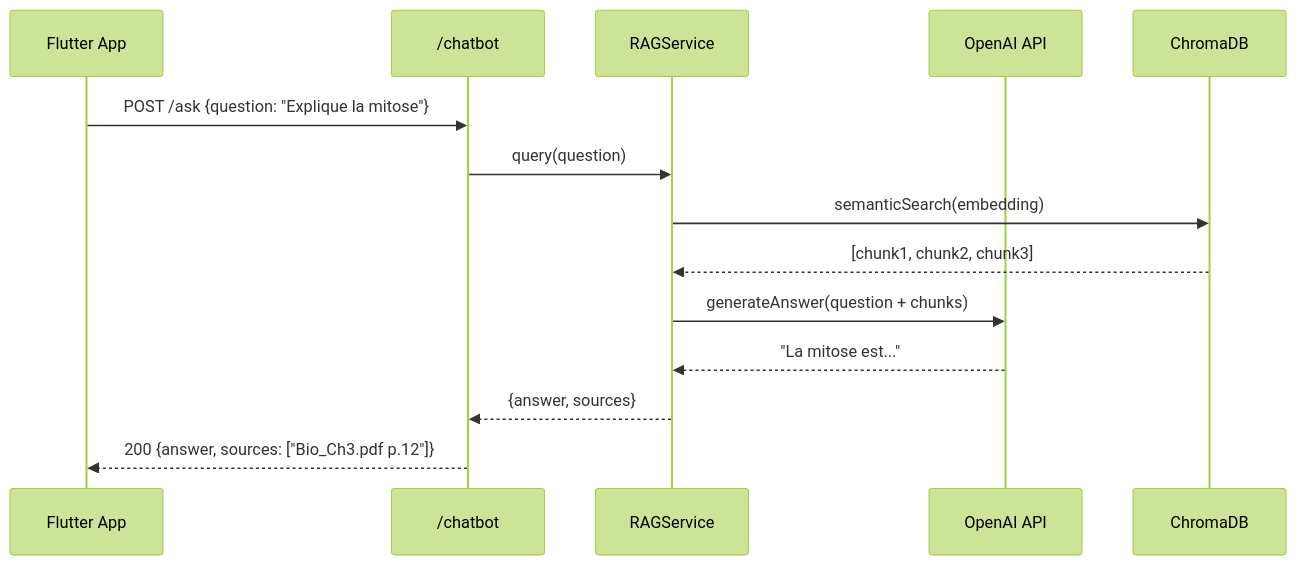
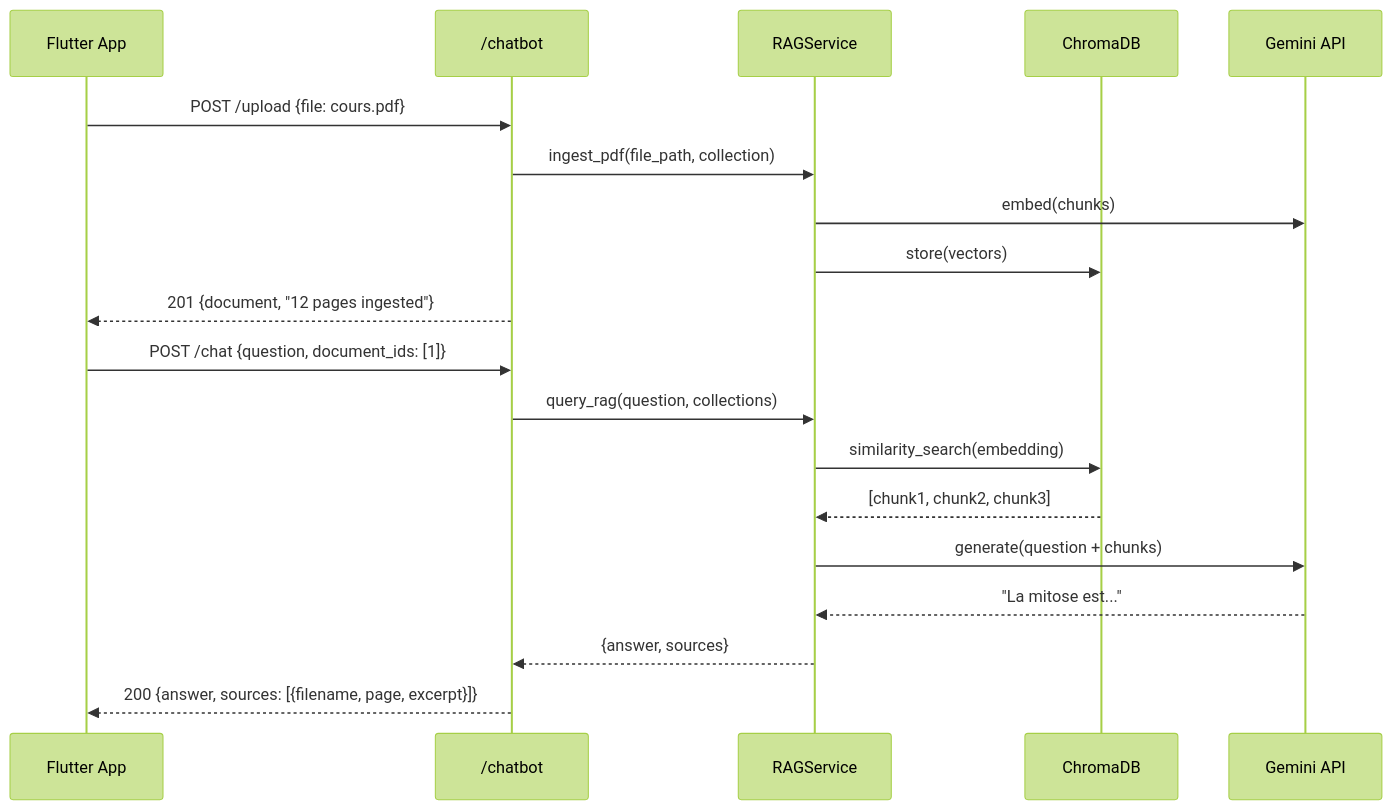
One commit to Jkacem/smart_focus changed the third of 4 diagrams in docs/Conception_Endpoints_API.md. Above: the diagram before and after it, drawn with Mermaid (forest theme). The commit also changed other lines of this file and 8 other files, not shown here.

````diff
--- a/docs/Conception_Endpoints_API.md
+++ b/docs/Conception_Endpoints_API.md
@@ -195,17 +128,23 @@
 ```mermaid
 sequenceDiagram
     participant APP as Flutter App
     participant API as /chatbot
     participant RAG as RAGService
-    participant OAI as OpenAI API
     participant DB as ChromaDB
+    participant LLM as Gemini API
 
-    APP->>API: POST /ask {question: "Explique la mitose"}
-    API->>RAG: query(question)
-    RAG->>DB: semanticSearch(embedding)
+    APP->>API: POST /upload {file: cours.pdf}
+    API->>RAG: ingest_pdf(file_path, collection)
+    RAG->>LLM: embed(chunks)
+    RAG->>DB: store(vectors)
+    API-->>APP: 201 {document, "12 pages ingested"}
+
+    APP->>API: POST /chat {question, document_ids: [1]}
+    API->>RAG: query_rag(question, collections)
+    RAG->>DB: similarity_search(embedding)
     DB-->>RAG: [chunk1, chunk2, chunk3]
-    RAG->>OAI: generateAnswer(question + chunks)
-    OAI-->>RAG: "La mitose est..."
+    RAG->>LLM: generate(question + chunks)
+    LLM-->>RAG: "La mitose est..."
     RAG-->>API: {answer, sources}
-    API-->>APP: 200 {answer, sources: ["Bio_Ch3.pdf p.12"]}
+    API-->>APP: 200 {answer, sources: [{filename, page, excerpt}]}
 ```
````
